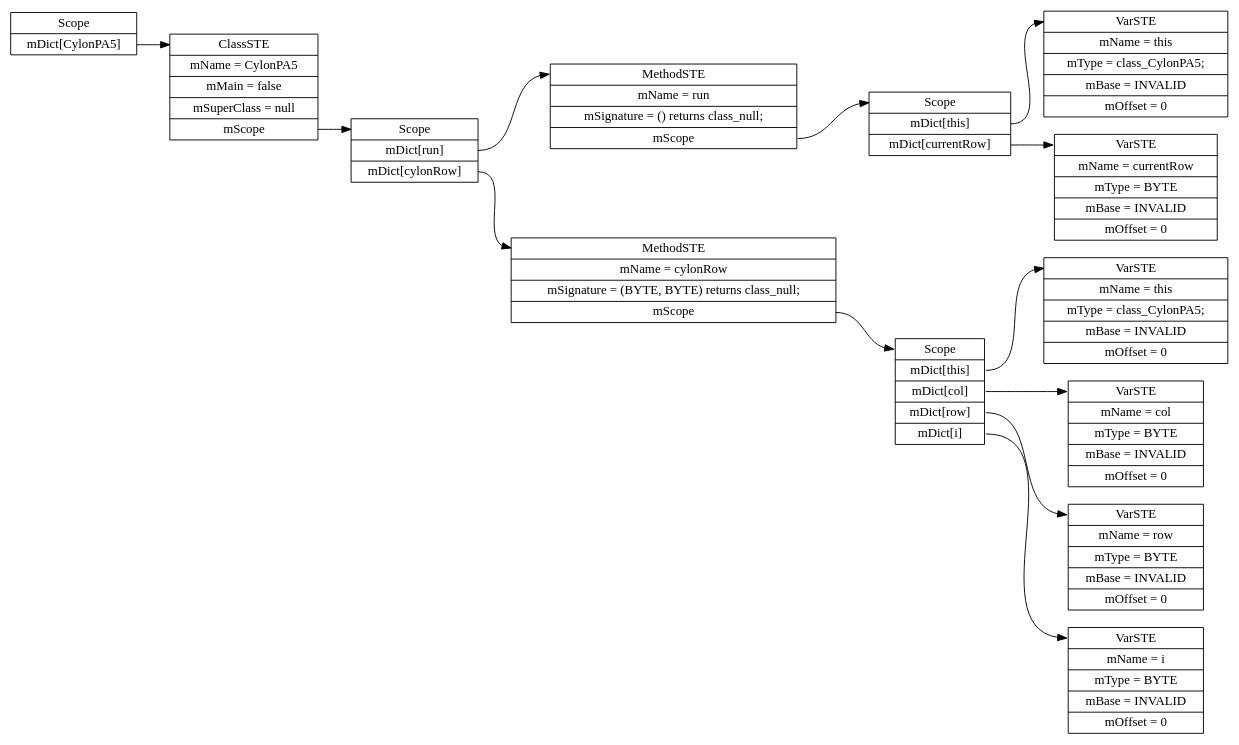
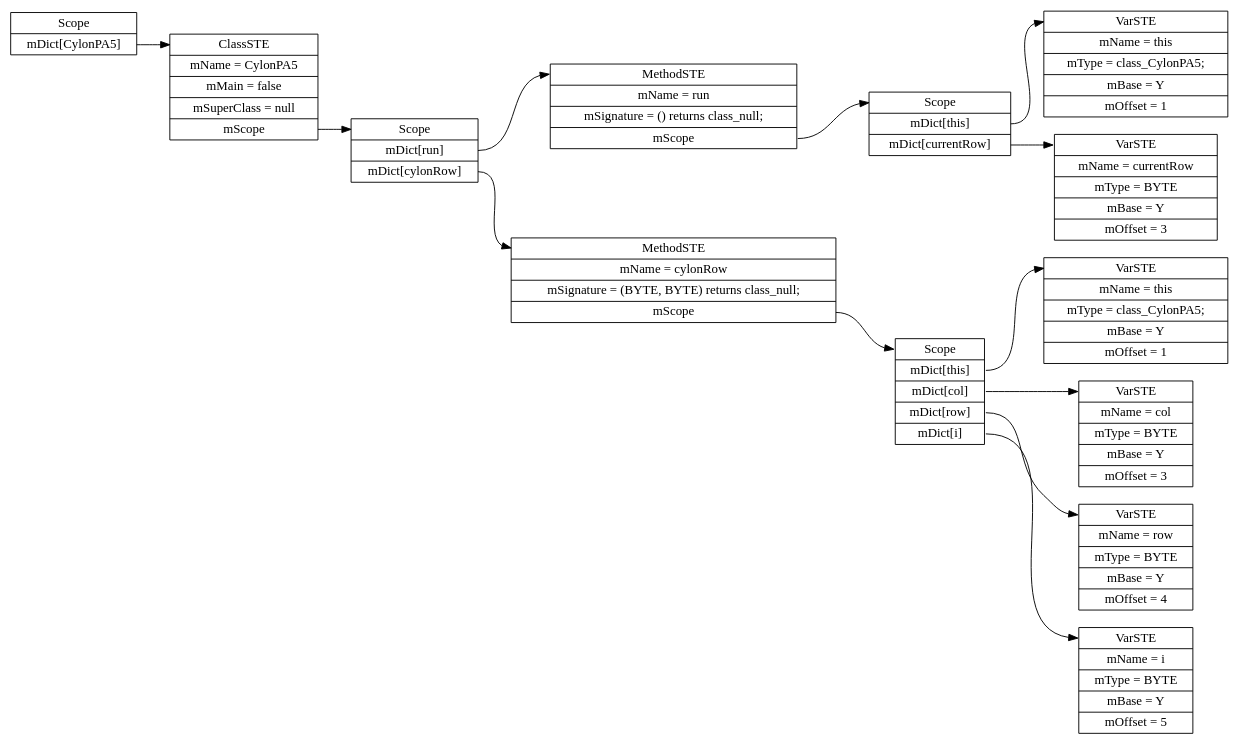
Before and after one commit to zamattiac/CS-4620: the diagram in PA0/PA5Cylon.java.ST.dot, drawn with Graphviz. The commit also changed 2 other files, not shown here.

```diff
--- a/PA0/PA5Cylon.java.ST.dot
+++ b/PA0/PA5Cylon.java.ST.dot
@@ -1,29 +1,29 @@
 digraph SymTable {
 	graph [rankdir="LR"];
 	node [shape=record];
 	0 [label=" <f0> Scope | <f1> mDict\[CylonPA5\] "];
 	0:<f1> -> 1:<f0>;
 	1 [label=" <f0> ClassSTE | <f1> mName = CylonPA5| <f2> mMain = false| <f3> mSuperClass = null| <f4> mScope "];
 	1:<f4> -> 2:<f0>;
 	2 [label=" <f0> Scope | <f1> mDict\[run\] | <f2> mDict\[cylonRow\] "];
 	2:<f1> -> 3:<f0>;
 	3 [label=" <f0> MethodSTE | <f1> mName = run| <f2> mSignature = () returns class_null;| <f3> mScope "];
 	3:<f3> -> 4:<f0>;
 	4 [label=" <f0> Scope | <f1> mDict\[this\] | <f2> mDict\[currentRow\] "];
 	4:<f1> -> 5:<f0>;
-	5 [label=" <f0> VarSTE | <f1> mName = this| <f2> mType = class_CylonPA5;| <f3> mBase = INVALID| <f4> mOffset = 0"];
+	5 [label=" <f0> VarSTE | <f1> mName = this| <f2> mType = class_CylonPA5;| <f3> mBase = Y| <f4> mOffset = 1"];
 	4:<f2> -> 6:<f0>;
-	6 [label=" <f0> VarSTE | <f1> mName = currentRow| <f2> mType = BYTE| <f3> mBase = INVALID| <f4> mOffset = 0"];
+	6 [label=" <f0> VarSTE | <f1> mName = currentRow| <f2> mType = BYTE| <f3> mBase = Y| <f4> mOffset = 3"];
 	2:<f2> -> 7:<f0>;
 	7 [label=" <f0> MethodSTE | <f1> mName = cylonRow| <f2> mSignature = (BYTE, BYTE) returns class_null;| <f3> mScope "];
 	7:<f3> -> 8:<f0>;
 	8 [label=" <f0> Scope | <f1> mDict\[this\] | <f2> mDict\[col\] | <f3> mDict\[row\] | <f4> mDict\[i\] "];
 	8:<f1> -> 9:<f0>;
-	9 [label=" <f0> VarSTE | <f1> mName = this| <f2> mType = class_CylonPA5;| <f3> mBase = INVALID| <f4> mOffset = 0"];
+	9 [label=" <f0> VarSTE | <f1> mName = this| <f2> mType = class_CylonPA5;| <f3> mBase = Y| <f4> mOffset = 1"];
 	8:<f2> -> 10:<f0>;
-	10 [label=" <f0> VarSTE | <f1> mName = col| <f2> mType = BYTE| <f3> mBase = INVALID| <f4> mOffset = 0"];
+	10 [label=" <f0> VarSTE | <f1> mName = col| <f2> mType = BYTE| <f3> mBase = Y| <f4> mOffset = 3"];
 	8:<f3> -> 11:<f0>;
-	11 [label=" <f0> VarSTE | <f1> mName = row| <f2> mType = BYTE| <f3> mBase = INVALID| <f4> mOffset = 0"];
+	11 [label=" <f0> VarSTE | <f1> mName = row| <f2> mType = BYTE| <f3> mBase = Y| <f4> mOffset = 4"];
 	8:<f4> -> 12:<f0>;
-	12 [label=" <f0> VarSTE | <f1> mName = i| <f2> mType = BYTE| <f3> mBase = INVALID| <f4> mOffset = 0"];
+	12 [label=" <f0> VarSTE | <f1> mName = i| <f2> mType = BYTE| <f3> mBase = Y| <f4> mOffset = 5"];
 }
```
